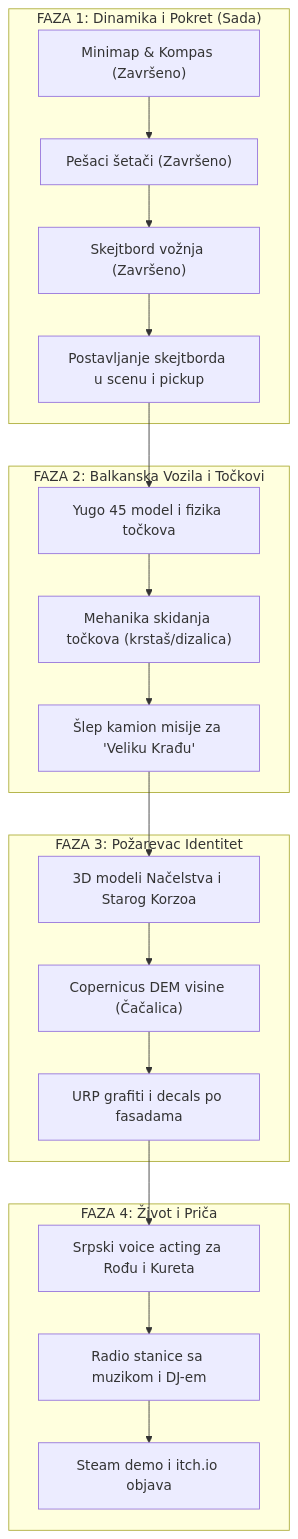
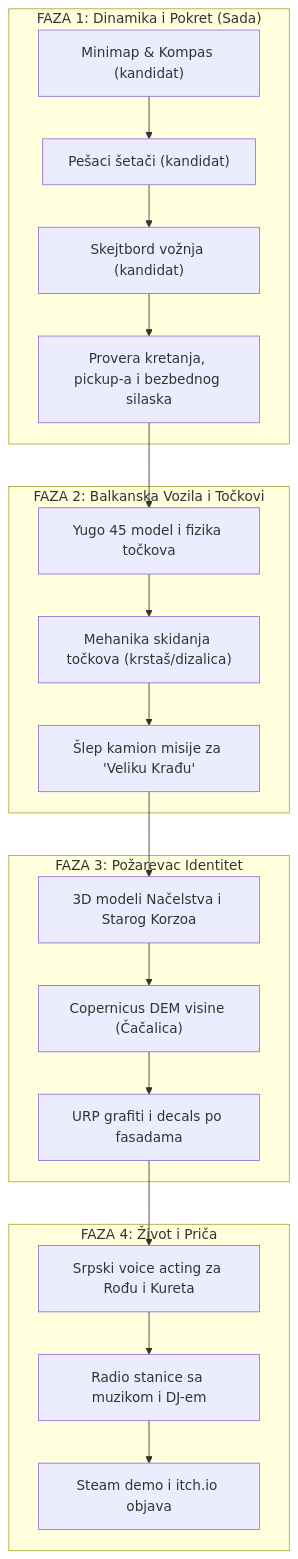
One commit to YashimiNatuki/VKT-PozarevacCity changed the diagram in Docs/VKT-Master-Upgrade-Blueprint.md. Above: the diagram before and after it, drawn with Mermaid. The commit also changed other lines of this file and 21 other files, not shown here.

````diff
--- a/Docs/VKT-Master-Upgrade-Blueprint.md
+++ b/Docs/VKT-Master-Upgrade-Blueprint.md
@@ -107,27 +109,27 @@
 ```mermaid
 flowchart TD
     subgraph "FAZA 1: Dinamika i Pokret (Sada)"
-        A1["Minimap & Kompas (Završeno)"] --> A2["Pešaci šetači (Završeno)"]
-        A2 --> A3["Skejtbord vožnja (Završeno)"]
-        A3 --> A4["Postavljanje skejtborda u scenu i pickup"]
+        A1["Minimap & Kompas (kandidat)"] --> A2["Pešaci šetači (kandidat)"]
+        A2 --> A3["Skejtbord vožnja (kandidat)"]
+        A3 --> A4["Provera kretanja, pickup-a i bezbednog silaska"]
     end
 
     subgraph "FAZA 2: Balkanska Vozila i Točkovi"
         B1["Yugo 45 model i fizika točkova"] --> B2["Mehanika skidanja točkova (krstaš/dizalica)"]
         B2 --> B3["Šlep kamion misije za 'Veliku Krađu'"]
     end
 
     subgraph "FAZA 3: Požarevac Identitet"
         C1["3D modeli Načelstva i Starog Korzoa"] --> C2["Copernicus DEM visine (Čačalica)"]
         C2 --> C3["URP grafiti i decals po fasadama"]
     end
 
     subgraph "FAZA 4: Život i Priča"
         D1["Srpski voice acting za Rođu i Kureta"] --> D2["Radio stanice sa muzikom i DJ-em"]
         D2 --> D3["Steam demo i itch.io objava"]
     end
 
     A4 --> B1
     B3 --> C1
     C3 --> D1
 ```
````
